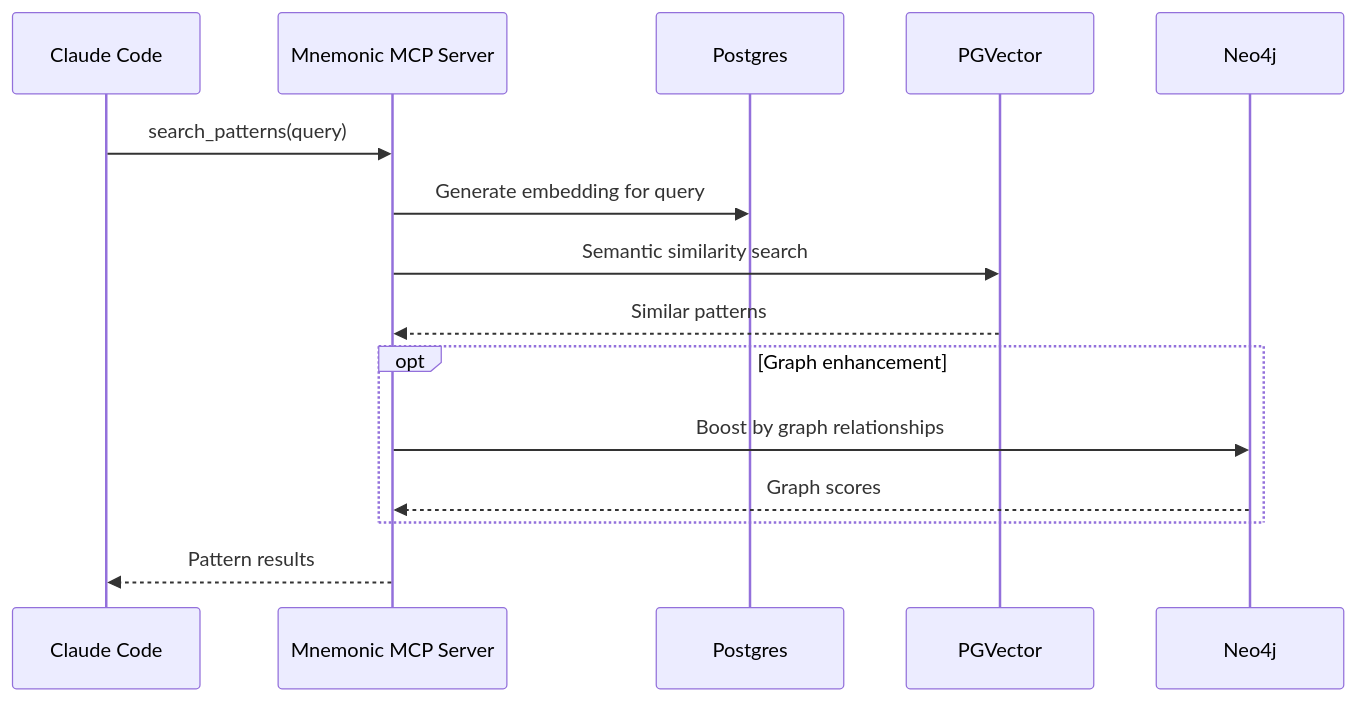
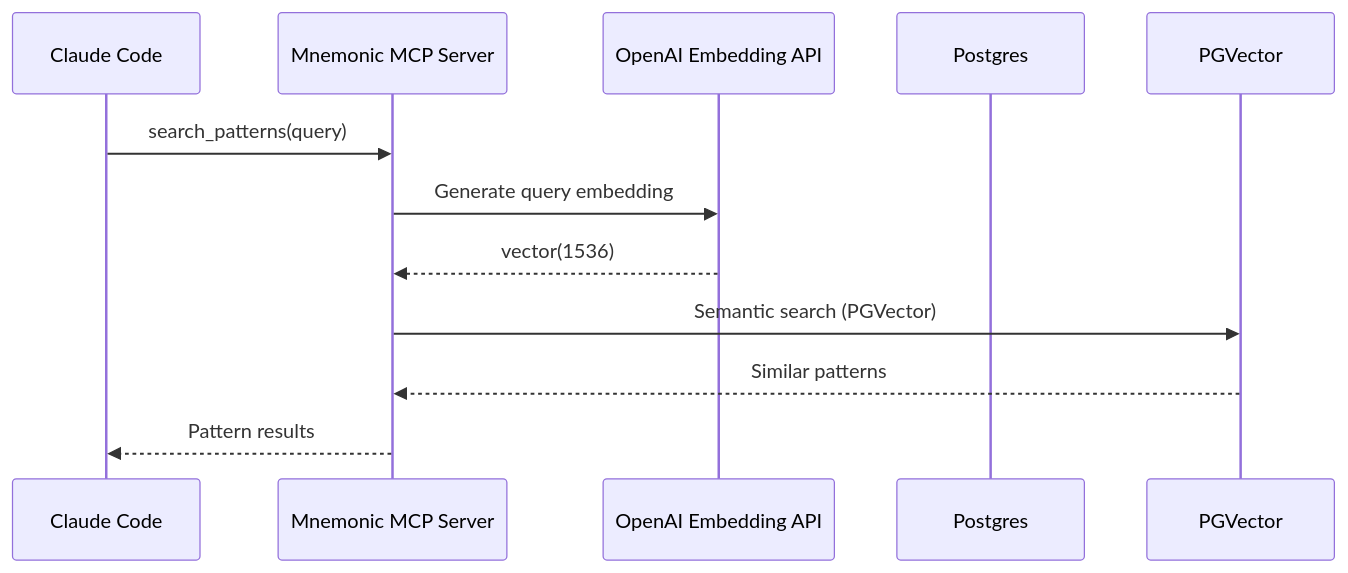
The ninth of 14 diagrams in docs/architecture/04-data-architecture.md (twistingmercury/mnemonic-mcp), drawn with Mermaid before and after one commit. The commit also changed other lines of this file and 5 other files, not shown here.

Commit message:
04-data-architecture reviewed and updated

````diff
--- a/docs/architecture/04-data-architecture.md
+++ b/docs/architecture/04-data-architecture.md
@@ -612,20 +517,15 @@
 ```mermaid
 sequenceDiagram
     participant CC as Claude Code
     participant MCP as Mnemonic MCP Server
+    participant OPENAI as OpenAI Embedding API
     participant PG as Postgres
     participant PGV as PGVector
-    participant NEO as Neo4j
 
     CC->>MCP: search_patterns(query)
-    MCP->>PG: Generate embedding for query
-    MCP->>PGV: Semantic similarity search
+    MCP->>OPENAI: Generate query embedding
+    OPENAI-->>MCP: vector(1536)
+    MCP->>PGV: Semantic search (PGVector)
     PGV-->>MCP: Similar patterns
-
-    opt Graph enhancement
-        MCP->>NEO: Boost by graph relationships
-        NEO-->>MCP: Graph scores
-    end
-
     MCP-->>CC: Pattern results
 ```
````
